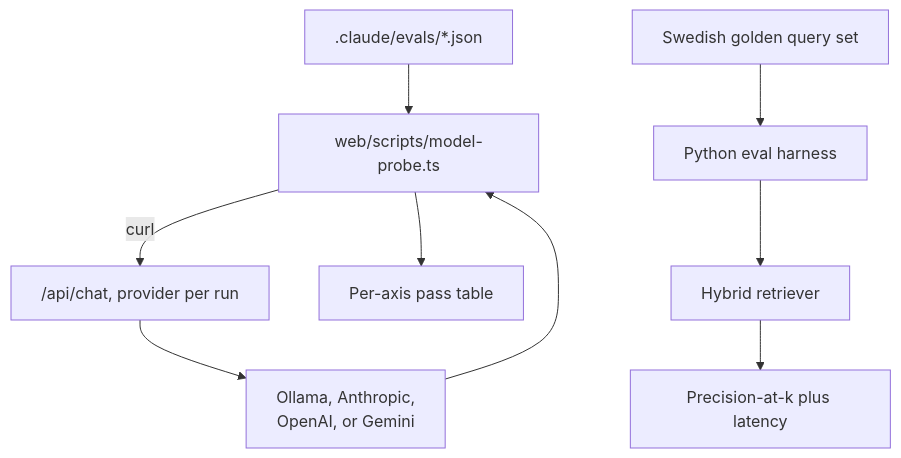
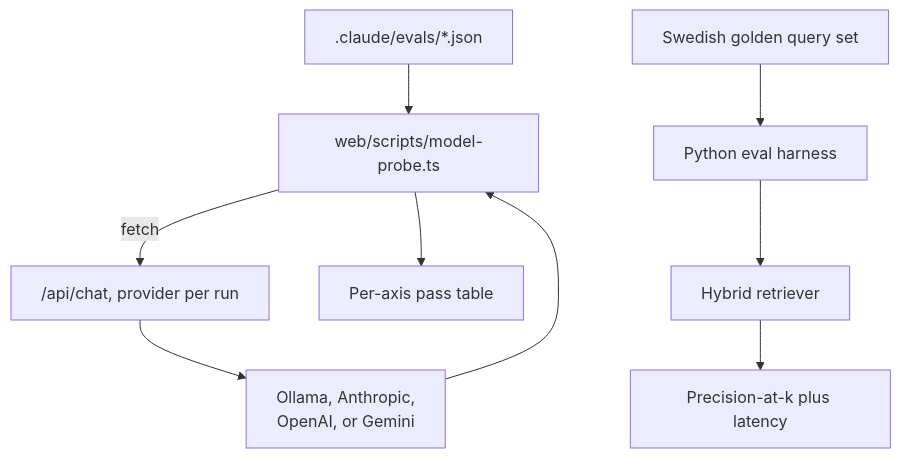
One commit to erclx/jobtriage changed the second of 2 diagrams in .claude/diagrams/data-pipeline.md. Above: the diagram before and after it, drawn with Mermaid. The commit also changed other lines of this file and 1 other file, not shown here.

Commit message:
docs(diagrams): correct the eval-cadence, pairing pointer, and label

````diff
--- a/.claude/diagrams/data-pipeline.md
+++ b/.claude/diagrams/data-pipeline.md
@@ -35,20 +35,20 @@
 ```mermaid
 flowchart TB
     accTitle: Two independent eval harnesses, one per concern
     accDescr: model-probe.ts drives the live chat route with JSON fixtures and reports a per-axis pass table per provider. The Python harness runs a Swedish golden query set against the retriever alone and produces the retrieval ablation table.
 
     fixtures[".claude/evals/*.json"]
     probe["web/scripts/model-probe.ts"]
     route["/api/chat, provider per run"]
     models["Ollama, Anthropic,<br/>OpenAI, or Gemini"]
     table["Per-axis pass table"]
 
-    fixtures --> probe -->|curl| route --> models --> probe --> table
+    fixtures --> probe -->|fetch| route --> models --> probe --> table
 
     goldenset["Swedish golden query set"]
     pyharness["Python eval harness"]
     retriever["Hybrid retriever"]
     ablation["Precision-at-k plus latency"]
 
     goldenset --> pyharness --> retriever --> ablation
 ```
````
